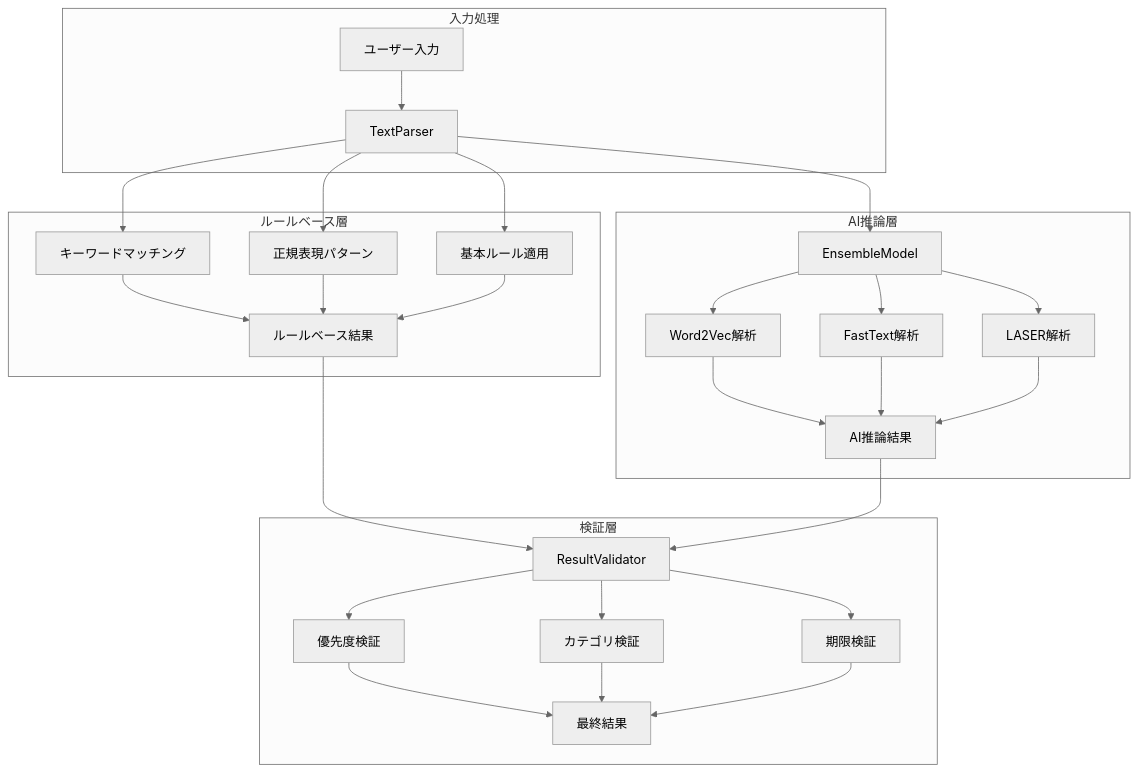
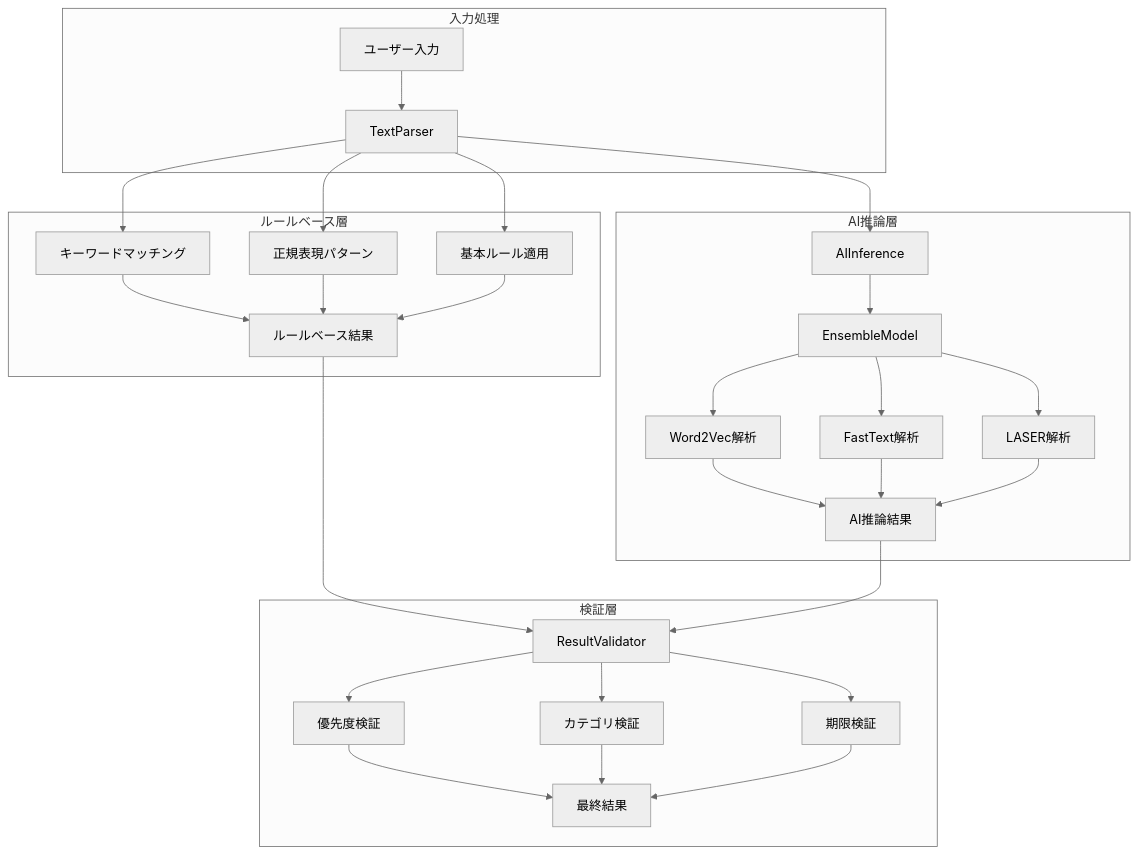
One commit to YL08140921/Task-Manager-for-Slack-bot changed the second of 3 diagrams in docs/システム概要.md. Above: the diagram before and after it, drawn with Mermaid (neutral theme).

Commit message:
システム概要のdocs-修正

````diff
--- a/docs/システム概要.md
+++ b/docs/システム概要.md
@@ -93,36 +93,37 @@
 ```mermaid
 graph TD
     subgraph "入力処理"
         A[ユーザー入力] --> B[TextParser]
     end
     
     subgraph "ルールベース層"
         B --> C1[キーワードマッチング]
         B --> C2[正規表現パターン]
         B --> C3[基本ルール適用]
         C1 --> D[ルールベース結果]
         C2 --> D
         C3 --> D
     end
     
     subgraph "AI推論層"
-        B --> E1[EnsembleModel]
-        E1 --> E2[Word2Vec解析]
-        E1 --> E3[FastText解析]
-        E1 --> E4[LASER解析]
-        E2 --> F[AI推論結果]
-        E3 --> F
+        B --> E1[AIInference]
+        E1 --> E2[EnsembleModel]
+        E2 --> E3[Word2Vec解析]
+        E2 --> E4[FastText解析]
+        E2 --> E5[LASER解析]
+        E3 --> F[AI推論結果]
         E4 --> F
+        E5 --> F
     end
     
     subgraph "検証層"
         D --> G[ResultValidator]
         F --> G
         G --> H1[優先度検証]
         G --> H2[カテゴリ検証]
         G --> H3[期限検証]
         H1 --> I[最終結果]
         H2 --> I
         H3 --> I
     end
 ```
````
